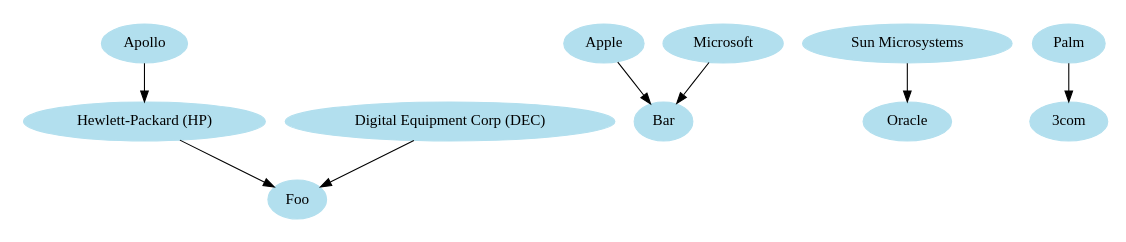
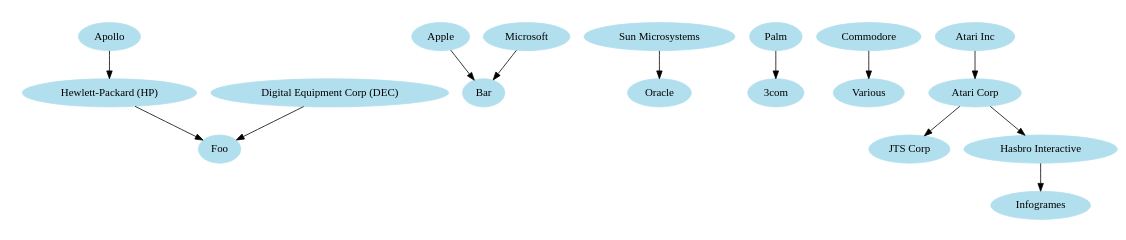
The diagram in tech-companies.dot (codejake/tech-companies-family-tree), drawn with Graphviz before and after one commit. The commit also changed 1 other file, not shown here.

```diff
--- a/tech-companies.dot
+++ b/tech-companies.dot
@@ -1,11 +1,17 @@
 digraph techcompanies {
     size="6,6";
     node [color=lightblue2, style=filled];
     "Apollo" -> "Hewlett-Packard (HP)"; /* Founded 1980, Acquired 1989 */
     "Digital Equipment Corp (DEC)" -> "Foo";
     "Hewlett-Packard (HP)" -> "Foo";
     "Apple" -> "Bar";
     "Microsoft" -> "Bar";
     "Sun Microsystems" -> "Oracle";
     "Palm" -> "3com";
+    "Commodore" -> "Various";
+    "Atari Inc" -> "Atari Corp";
+    "Atari Corp" -> "JTS Corp";
+    "Atari Corp" -> "Hasbro Interactive";
+    "Hasbro Interactive" -> "Infogrames";
+
 }
```
